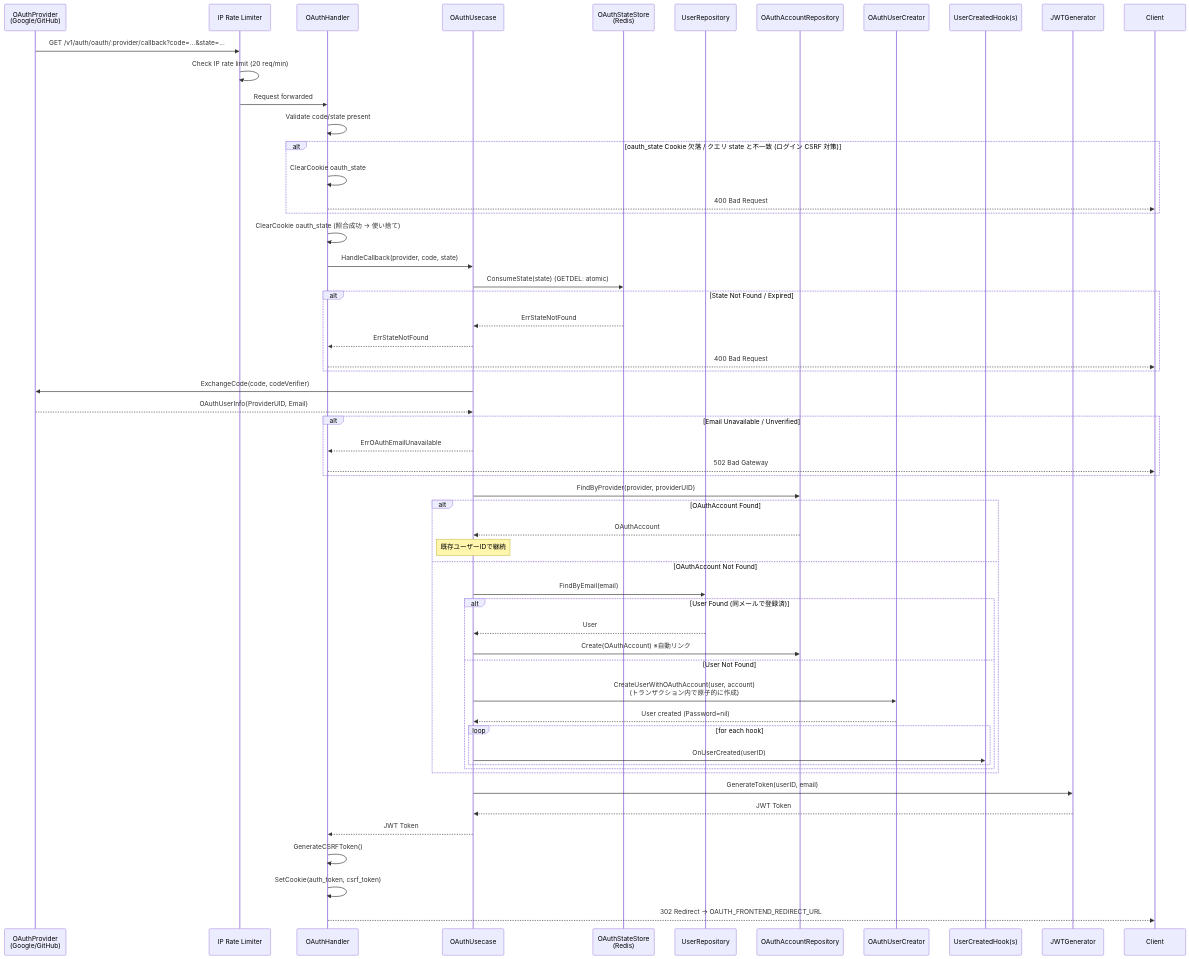
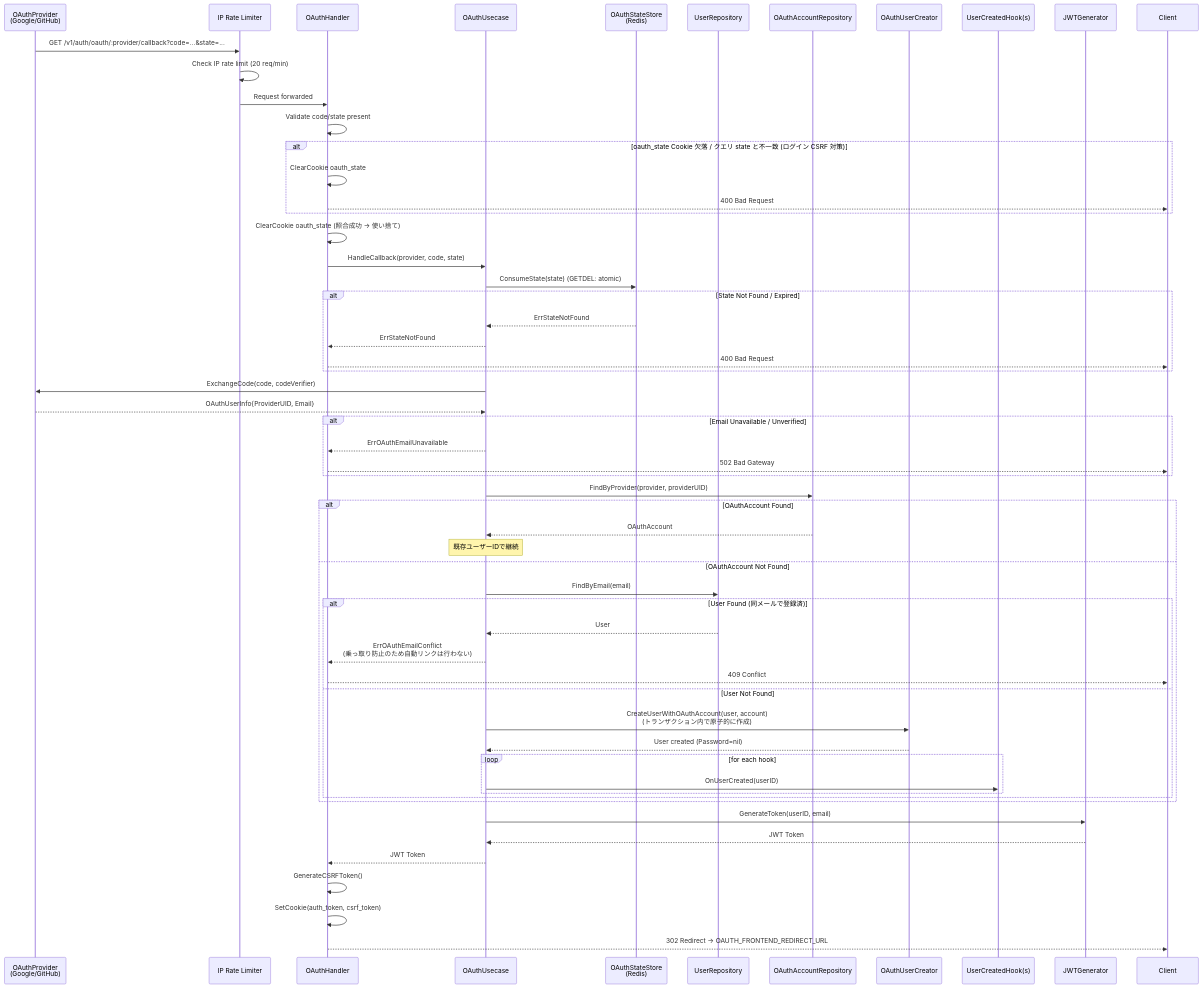
One commit to UCHIDAnobuhiro/stock-backend changed the fifth of 6 diagrams in docs/features/auth.md. Above: the diagram before and after it, drawn with Mermaid. The commit also changed other lines of this file and 7 other files, not shown here.

````diff
--- a/docs/features/auth.md
+++ b/docs/features/auth.md
@@ -171,67 +171,68 @@
 ```mermaid
 sequenceDiagram
     participant Provider as OAuthProvider<br/>(Google/GitHub)
     participant RateLimit as IP Rate Limiter
     participant Handler as OAuthHandler
     participant Usecase as OAuthUsecase
     participant StateStore as OAuthStateStore<br/>(Redis)
     participant UserRepo as UserRepository
     participant OAuthRepo as OAuthAccountRepository
     participant Creator as OAuthUserCreator
     participant Hooks as UserCreatedHook(s)
     participant JWT as JWTGenerator
 
     Provider->>RateLimit: GET /v1/auth/oauth/:provider/callback?code=...&state=...
     RateLimit->>RateLimit: Check IP rate limit (20 req/min)
     RateLimit->>Handler: Request forwarded
     Handler->>Handler: Validate code/state present
 
     alt oauth_state Cookie 欠落 / クエリ state と不一致 (ログイン CSRF 対策)
         Handler->>Handler: ClearCookie oauth_state
         Handler-->>Client: 400 Bad Request
     end
 
     Handler->>Handler: ClearCookie oauth_state (照合成功 → 使い捨て)
     Handler->>Usecase: HandleCallback(provider, code, state)
     Usecase->>StateStore: ConsumeState(state) (GETDEL: atomic)
 
     alt State Not Found / Expired
         StateStore-->>Usecase: ErrStateNotFound
         Usecase-->>Handler: ErrStateNotFound
         Handler-->>Client: 400 Bad Request
     end
 
     Usecase->>Provider: ExchangeCode(code, codeVerifier)
     Provider-->>Usecase: OAuthUserInfo{ProviderUID, Email}
 
     alt Email Unavailable / Unverified
         Usecase-->>Handler: ErrOAuthEmailUnavailable
         Handler-->>Client: 502 Bad Gateway
     end
 
     Usecase->>OAuthRepo: FindByProvider(provider, providerUID)
 
     alt OAuthAccount Found
         OAuthRepo-->>Usecase: OAuthAccount
         Note over Usecase: 既存ユーザーIDで継続
     else OAuthAccount Not Found
         Usecase->>UserRepo: FindByEmail(email)
         alt User Found (同メールで登録済)
             UserRepo-->>Usecase: User
-            Usecase->>OAuthRepo: Create(OAuthAccount) ※自動リンク
+            Usecase-->>Handler: ErrOAuthEmailConflict<br/>(乗っ取り防止のため自動リンクは行わない)
+            Handler-->>Client: 409 Conflict
         else User Not Found
             Usecase->>Creator: CreateUserWithOAuthAccount(user, account)<br/>(トランザクション内で原子的に作成)
             Creator-->>Usecase: User created (Password=nil)
             loop for each hook
                 Usecase->>Hooks: OnUserCreated(userID)
             end
         end
     end
 
     Usecase->>JWT: GenerateToken(userID, email)
     JWT-->>Usecase: JWT Token
     Usecase-->>Handler: JWT Token
     Handler->>Handler: GenerateCSRFToken()
     Handler->>Handler: SetCookie(auth_token, csrf_token)
     Handler-->>Client: 302 Redirect → OAUTH_FRONTEND_REDIRECT_URL
 ```
````
